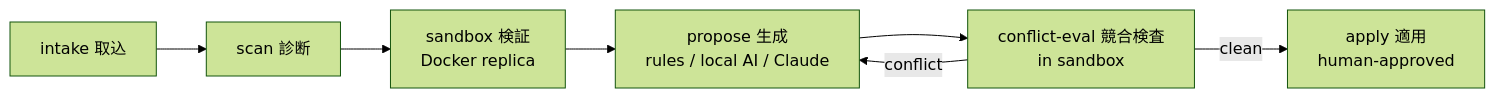
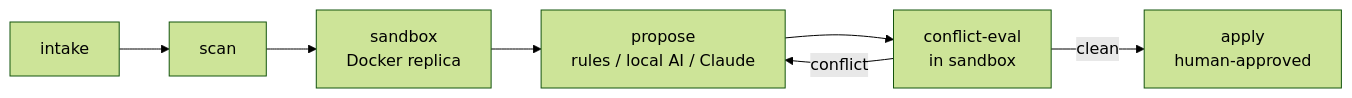
The third of 6 diagrams in docs/WHITEPAPER.md (Hirasawakazumaz/BOGYO), drawn with Mermaid (forest theme) before and after one commit. The commit also changed other lines of this file and 14 other files, not shown here.

````diff
--- a/docs/WHITEPAPER.md
+++ b/docs/WHITEPAPER.md
@@ -88,9 +81,9 @@
 ```mermaid
 flowchart LR
-    I[intake 取込] --> S[scan 診断]
-    S --> B[sandbox 検証<br/>Docker replica]
-    B --> P[propose 生成<br/>rules / local AI / Claude]
-    P --> E[conflict-eval 競合検査<br/>in sandbox]
+    I[intake] --> S[scan]
+    S --> B[sandbox<br/>Docker replica]
+    B --> P[propose<br/>rules / local AI / Claude]
+    P --> E[conflict-eval<br/>in sandbox]
     E -->|conflict| P
-    E -->|clean| A[apply 適用<br/>human-approved]
+    E -->|clean| A[apply<br/>human-approved]
 ```
````
